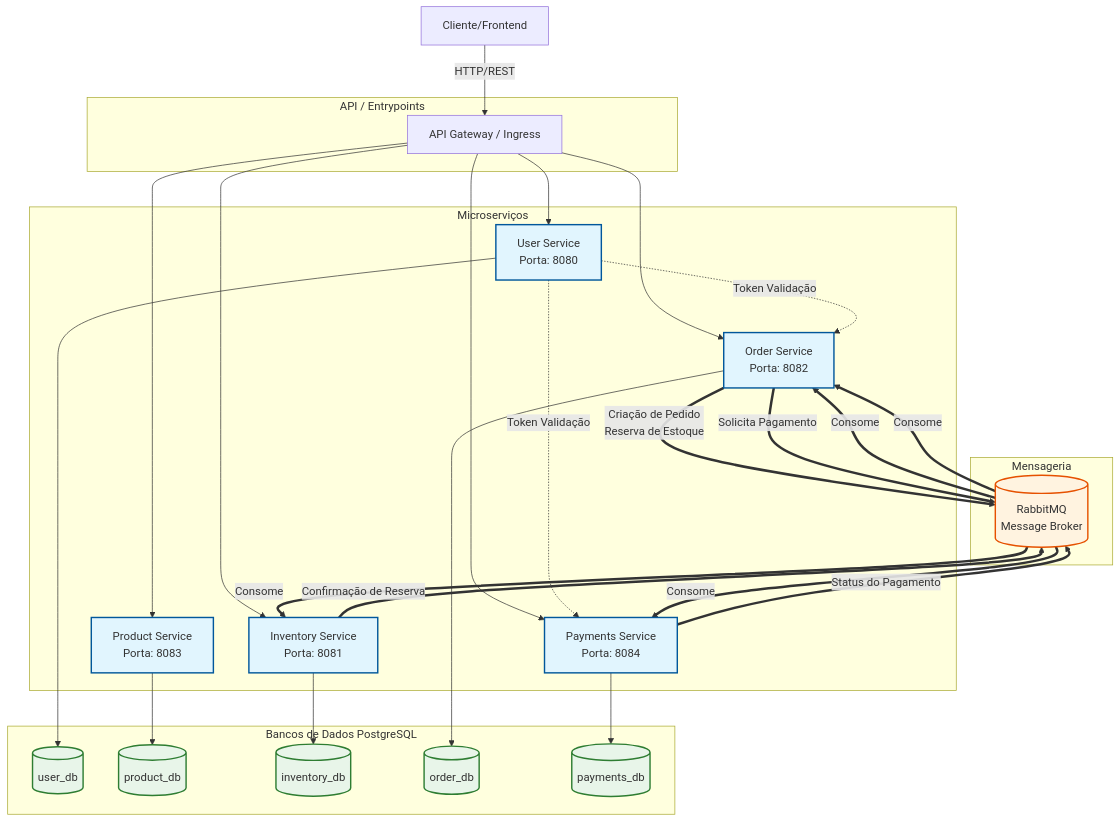
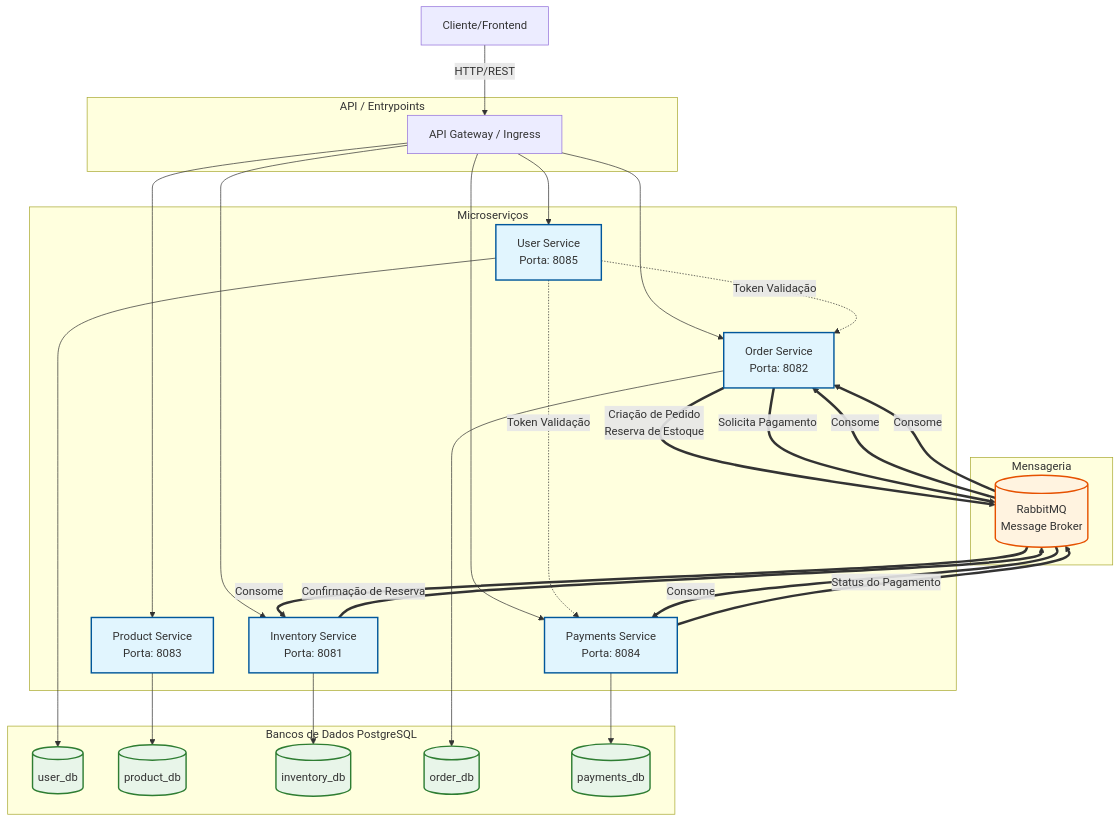
Before and after one commit to betolara1/Spring-Microservices-Ecommerce: the diagram in README.md, drawn with Mermaid. The commit also changed other lines of this file and 2 other files, not shown here.

````diff
--- a/README.md
+++ b/README.md
@@ -28,66 +28,66 @@
 ```mermaid
 graph TD
     Client[Cliente/Frontend]
     
     subgraph "API / Entrypoints"
         Gateway[API Gateway / Ingress]
     end
 
     subgraph "Microserviços"
-        US[User Service<br/>Porta: 8080]
+        US[User Service<br/>Porta: 8085]
         PS[Product Service<br/>Porta: 8083]
         IS[Inventory Service<br/>Porta: 8081]
         OS[Order Service<br/>Porta: 8082]
         PayS[Payments Service<br/>Porta: 8084]
     end
 
     subgraph "Mensageria"
         RabbitMQ[(RabbitMQ<br/>Message Broker)]
     end
 
     subgraph "Bancos de Dados PostgreSQL"
         DB_User[(user_db)]
         DB_Prod[(product_db)]
         DB_Inv[(inventory_db)]
         DB_Ord[(order_db)]
         DB_Pay[(payments_db)]
     end
 
     Client -->|HTTP/REST| Gateway
     Gateway --> US
     Gateway --> PS
     Gateway --> IS
     Gateway --> OS
     Gateway --> PayS
 
     US --> DB_User
     PS --> DB_Prod
     IS --> DB_Inv
     OS --> DB_Ord
     PayS --> DB_Pay
 
     %% Comunicação Síncrona (Feign/REST)
     US -.->|Token Validação| OS
     US -.->|Token Validação| PayS
     
     %% Comunicação Assíncrona (RabbitMQ)
     OS ==>|Criação de Pedido<br/>Reserva de Estoque| RabbitMQ
     RabbitMQ ==>|Consome| IS
     
     IS ==>|Confirmação de Reserva| RabbitMQ
     RabbitMQ ==>|Consome| OS
     
     OS ==>|Solicita Pagamento| RabbitMQ
     RabbitMQ ==>|Consome| PayS
     
     PayS ==>|Status do Pagamento| RabbitMQ
     RabbitMQ ==>|Consome| OS
 
     classDef service fill:#e1f5fe,stroke:#01579b,stroke-width:2px;
     classDef db fill:#e8f5e9,stroke:#2e7d32,stroke-width:2px;
     classDef broker fill:#fff3e0,stroke:#e65100,stroke-width:2px;
     
     class US,PS,IS,OS,PayS service;
     class DB_User,DB_Prod,DB_Inv,DB_Ord,DB_Pay db;
     class RabbitMQ broker;
 ```
````
